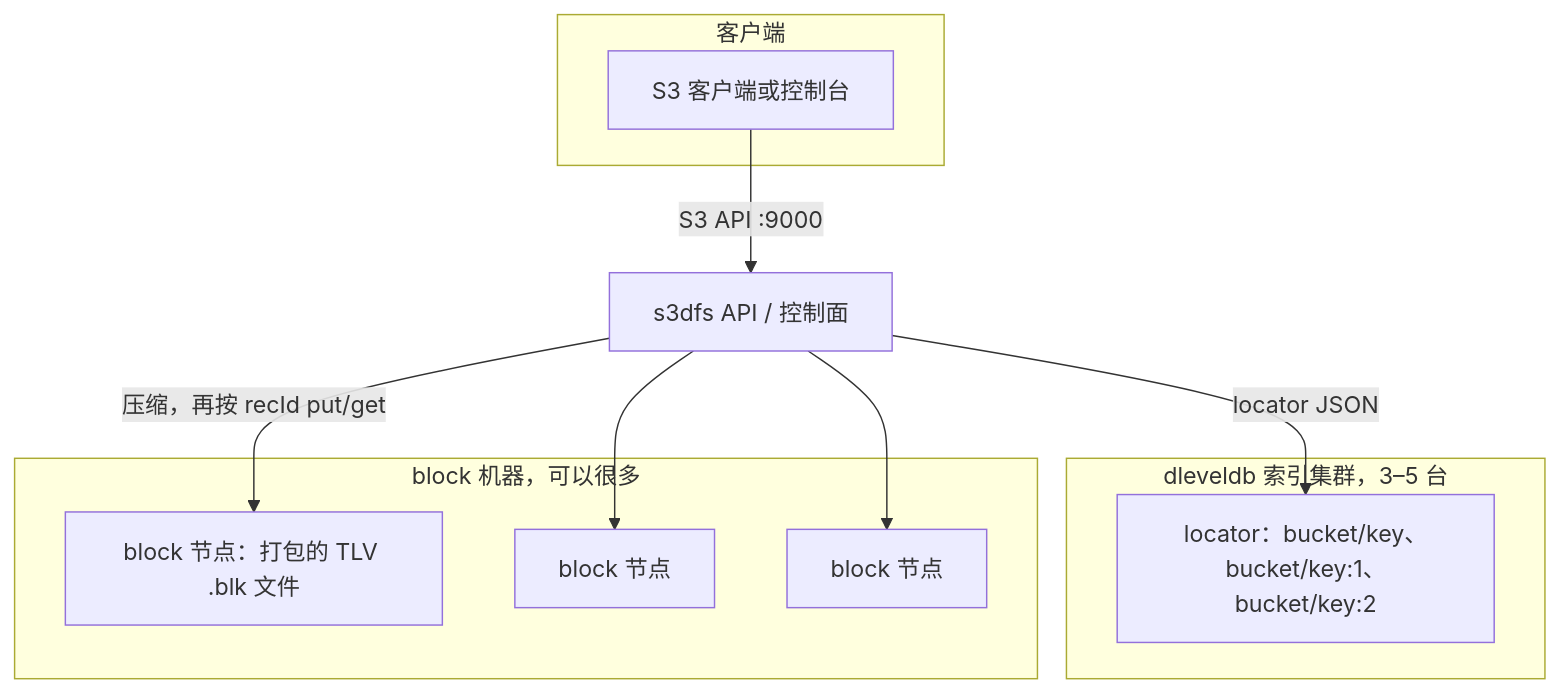
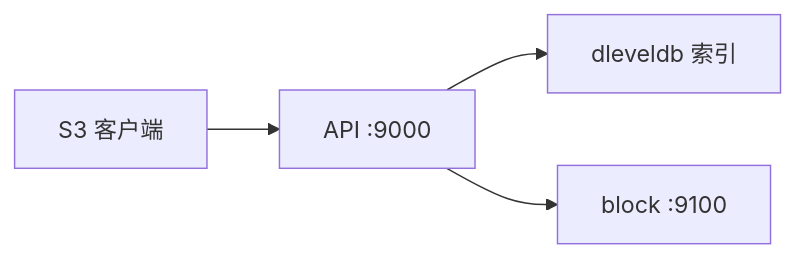
Before and after one commit to zhangxinlong633/s3dfs: the diagram in README.zh-CN.md, drawn with Mermaid. The commit also changed other lines of this file and 33 other files, not shown here.

````diff
--- a/README.zh-CN.md
+++ b/README.zh-CN.md
@@ -43,22 +31,6 @@
 ```mermaid
-flowchart TB
-  subgraph Client["客户端"]
-    App["S3 客户端或控制台"]
-  end
-
-  subgraph Index["dleveldb 索引集群，3–5 台"]
-    KV["locator：bucket/key、bucket/key:1、bucket/key:2"]
-  end
-
-  subgraph Blocks["block 机器，可以很多"]
-    B1["block 节点：打包的 TLV .blk 文件"]
-    B2["block 节点"]
-    B3["block 节点"]
-  end
-
-  App -->|S3 API :9000| API["s3dfs API / 控制面"]
-  API -->|压缩，再按 recId put/get| B1
-  API --> B2
-  API --> B3
-  API -->|locator JSON| KV
+flowchart LR
+  Client["S3 客户端"] --> API["API :9000"]
+  API --> Index["dleveldb 索引"]
+  API --> Block["block :9100"]
 ```
````
